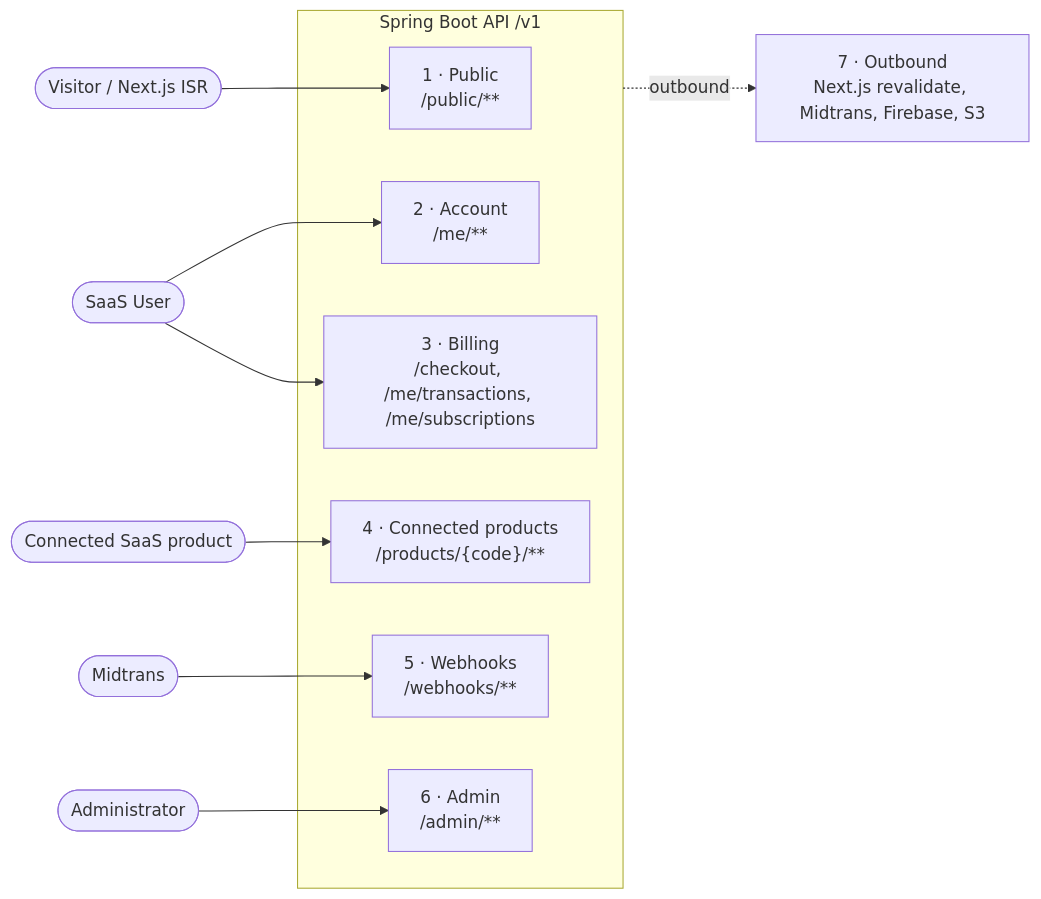
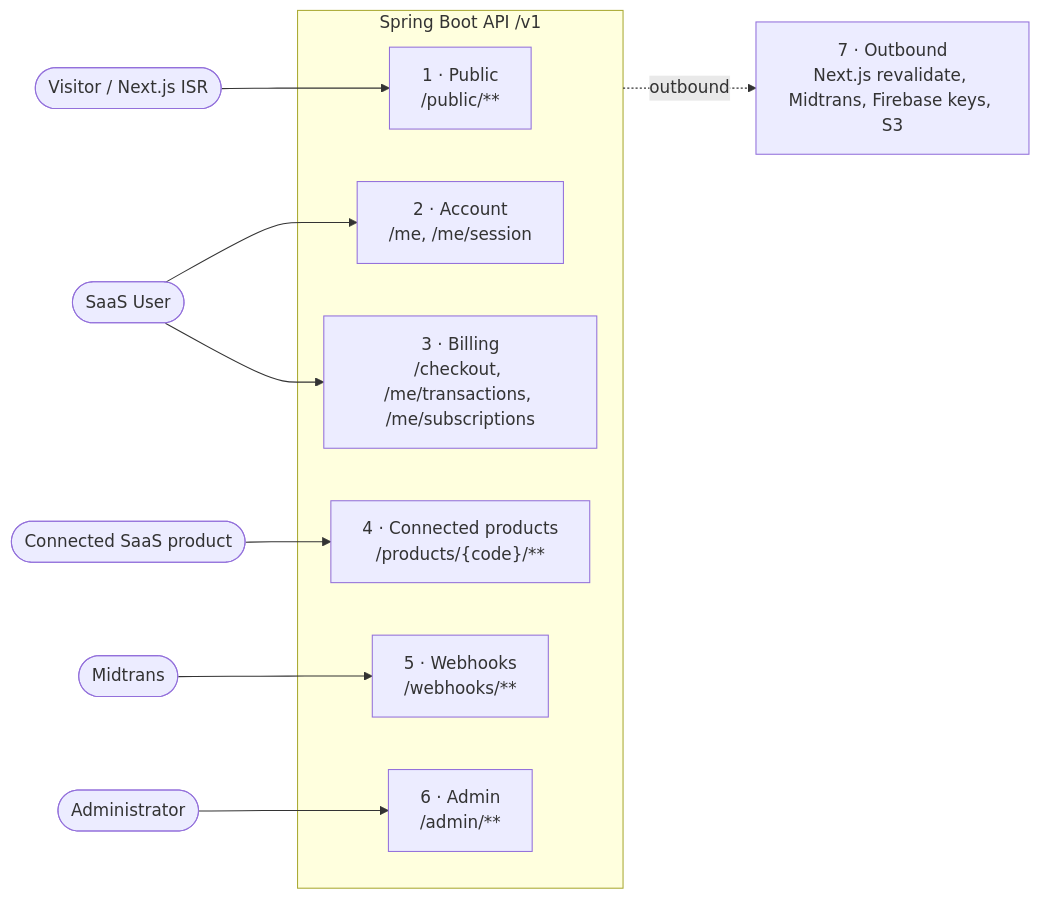
The diagram in docs/ADR/ADR-003-api-contract.md (DewaSRY/DewaSRY_HUB), drawn with Mermaid before and after one commit. The commit also changed other lines of this file and 298 other files, not shown here.

````diff
--- a/docs/ADR/ADR-003-api-contract.md
+++ b/docs/ADR/ADR-003-api-contract.md
@@ -177,19 +176,19 @@
 ```mermaid
 flowchart LR
     V([Visitor / Next.js ISR]) --> G1
     U([SaaS User]) --> G2 & G3
     S([Connected SaaS product]) --> G4
     M([Midtrans]) --> G5
     A([Administrator]) --> G6
 
     subgraph API [Spring Boot API /v1]
         G1["1 · Public<br/>/public/**"]
-        G2["2 · Account<br/>/me/**"]
+        G2["2 · Account<br/>/me, /me/session"]
         G3["3 · Billing<br/>/checkout, /me/transactions, /me/subscriptions"]
         G4["4 · Connected products<br/>/products/{code}/**"]
         G5["5 · Webhooks<br/>/webhooks/**"]
         G6["6 · Admin<br/>/admin/**"]
     end
 
-    API -. outbound .-> G7["7 · Outbound<br/>Next.js revalidate, Midtrans, Firebase, S3"]
+    API -. outbound .-> G7["7 · Outbound<br/>Next.js revalidate, Midtrans, Firebase keys, S3"]
 ```
````
